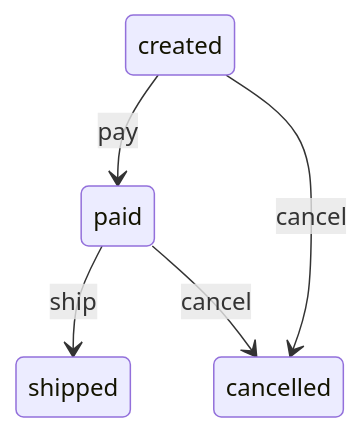
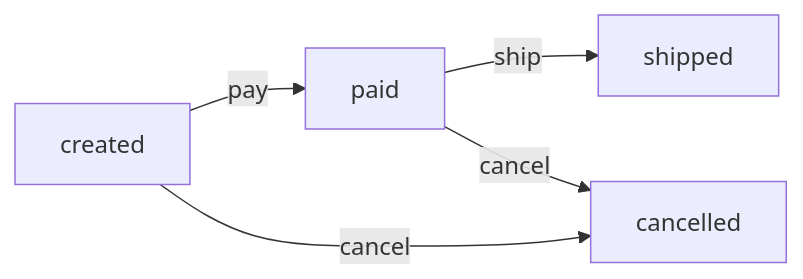
The first of 3 diagrams in skills/tech-mechanism-analysis/examples/2026-07-24-state-machine-analysis.md (ironbob/DesignSKills), drawn with Mermaid before and after one commit. The commit also changed other lines of this file and 19 other files, not shown here.

Commit message:
feat: require validated mechanism diagrams

````diff
--- a/skills/tech-mechanism-analysis/examples/2026-07-24-state-machine-analysis.md
+++ b/skills/tech-mechanism-analysis/examples/2026-07-24-state-machine-analysis.md
@@ -88,11 +45,11 @@
 ```mermaid
-stateDiagram-v2
-  state "created" as created
-  state "paid" as paid
-  state "shipped" as shipped
-  state "cancelled" as cancelled
-  created --> paid: pay
-  created --> cancelled: cancel
-  paid --> shipped: ship
-  paid --> cancelled: cancel
+flowchart LR
+  created["created"]
+  paid["paid"]
+  shipped["shipped"]
+  cancelled["cancelled"]
+  created -->|"pay"| paid
+  created -->|"cancel"| cancelled
+  paid -->|"ship"| shipped
+  paid -->|"cancel"| cancelled
 ```
````
